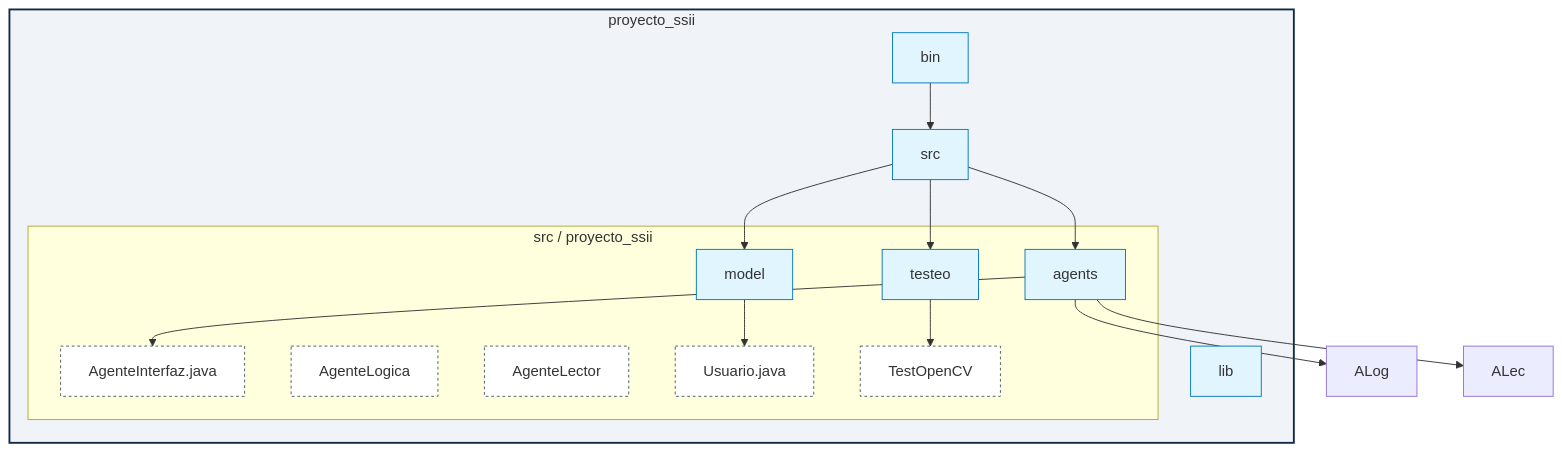
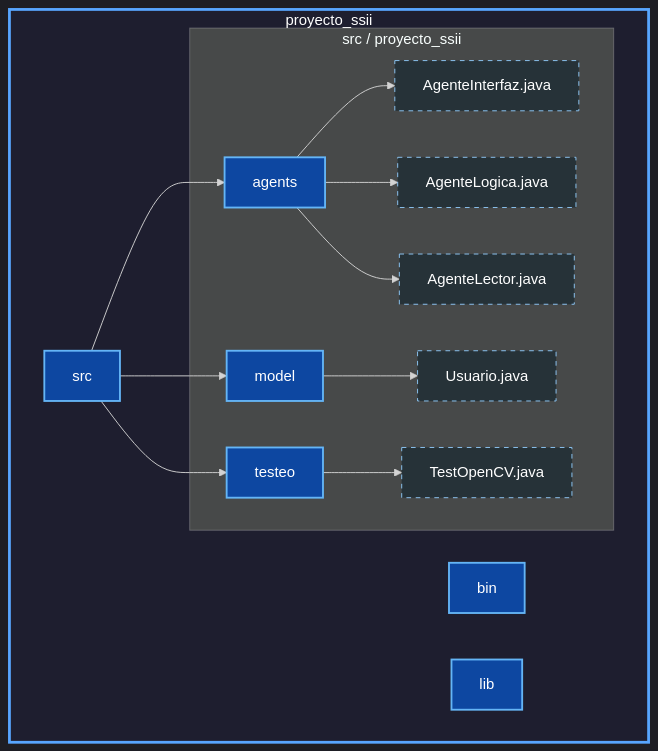
One commit to ivanadd/ssii-proyecto-upm changed the diagram in README.md. Above: the diagram before and after it, drawn with Mermaid.

Commit message:
[README] Cambiados colores

````diff
--- a/README.md
+++ b/README.md
@@ -50,42 +50,41 @@
 ```mermaid
+%%{init: {'theme':'dark'}}%%
+
 graph TD
     %% Estilos
-    classDef main fill:#f0f4f8,stroke:#102a43,stroke-width:2px;
-    classDef folder fill:#e1f5fe,stroke:#0277bd,stroke-width:1px;
-    classDef file fill:#fff,stroke:#455a64,stroke-width:1px,stroke-dasharray: 3 3;
+    classDef main fill:#1e1e2f,stroke:#58a6ff,stroke-width:3px,color:#ffffff;
+    classDef folder fill:#0d47a1,stroke:#64b5f6,stroke-width:2px,color:#ffffff;
+    classDef file fill:#263238,stroke:#90caf9,stroke-width:1px,color:#ffffff,stroke-dasharray: 5 5;
 
     subgraph root [proyecto_ssii]
         bin[bin]:::folder
         lib[lib]:::folder
         src[src]:::folder
         
         subgraph src_content [src / proyecto_ssii]
             agents[agents]:::folder
             model[model]:::folder
             testeo[testeo]:::folder
             
-            %% Archivos especÃ­ficos
             AI[AgenteInterfaz.java]:::file
-            AL[AgenteLogica]:::file
-            AR[AgenteLector]:::file
+            AL[AgenteLogica.java]:::file
+            AR[AgenteLector.java]:::file
             U[Usuario.java]:::file
-            TO[TestOpenCV]:::file
+            TO[TestOpenCV.java]:::file
         end
     end
 
-    %% Relaciones de carpetas
-    bin --> src
+    %% Relaciones
     src --> agents
     src --> model
     src --> testeo
 
-    %% Relaciones de archivos
     agents --> AI
-    agents --> ALog
-    agents --> ALec
+    agents --> AL
+    agents --> AR
     model --> U
     testeo --> TO
 
-    %% Aplicar estilos
+    %% Clase principal
     class root main;
 ```
````
